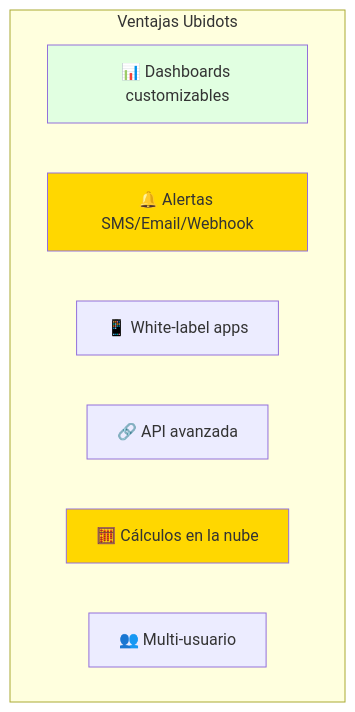
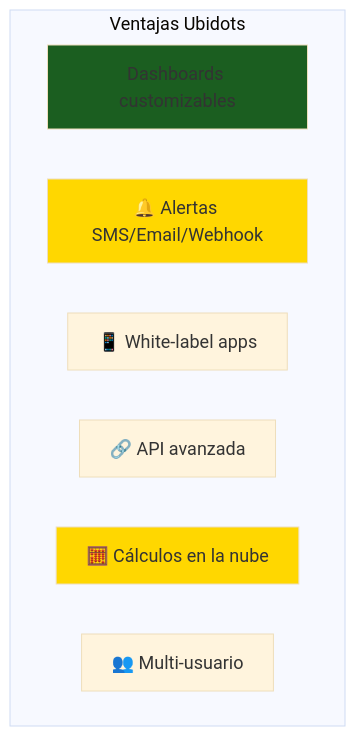
One commit to Ai-Whisperers/Courses-Content changed the eighth of 14 diagrams in courses/🟡-development/FPUNA-2026/02-ELECTRONICA-AUTOMATIZACION/05-iot-visualizacion-datos.md. Above: the diagram before and after it, drawn with Mermaid. The commit also changed other lines of this file and 47 other files, not shown here.

First line of the commit message:
fix: Make all 473 diagrams WCAG AAA accessible (FPUNA-2026)

````diff
--- a/courses/🟡-development/FPUNA-2026/02-ELECTRONICA-AUTOMATIZACION/05-iot-visualizacion-datos.md
+++ b/courses/🟡-development/FPUNA-2026/02-ELECTRONICA-AUTOMATIZACION/05-iot-visualizacion-datos.md
@@ -441,15 +448,16 @@
 ```mermaid
+%%{init: {'theme':'base', 'themeVariables': {'fontSize':'18px'}}}%%
 graph TB
     subgraph "Ventajas Ubidots"
-        A[📊 Dashboards customizables]
+        A[Dashboards customizables]
         B[🔔 Alertas SMS/Email/Webhook]
         C[📱 White-label apps]
         D[🔗 API avanzada]
         E[🧮 Cálculos en la nube]
         F[👥 Multi-usuario]
     end
     
-    style A fill:#E1FFE1
+    style A fill:#1b5e20
     style B fill:#FFD700
     style E fill:#FFD700
 ```
````
